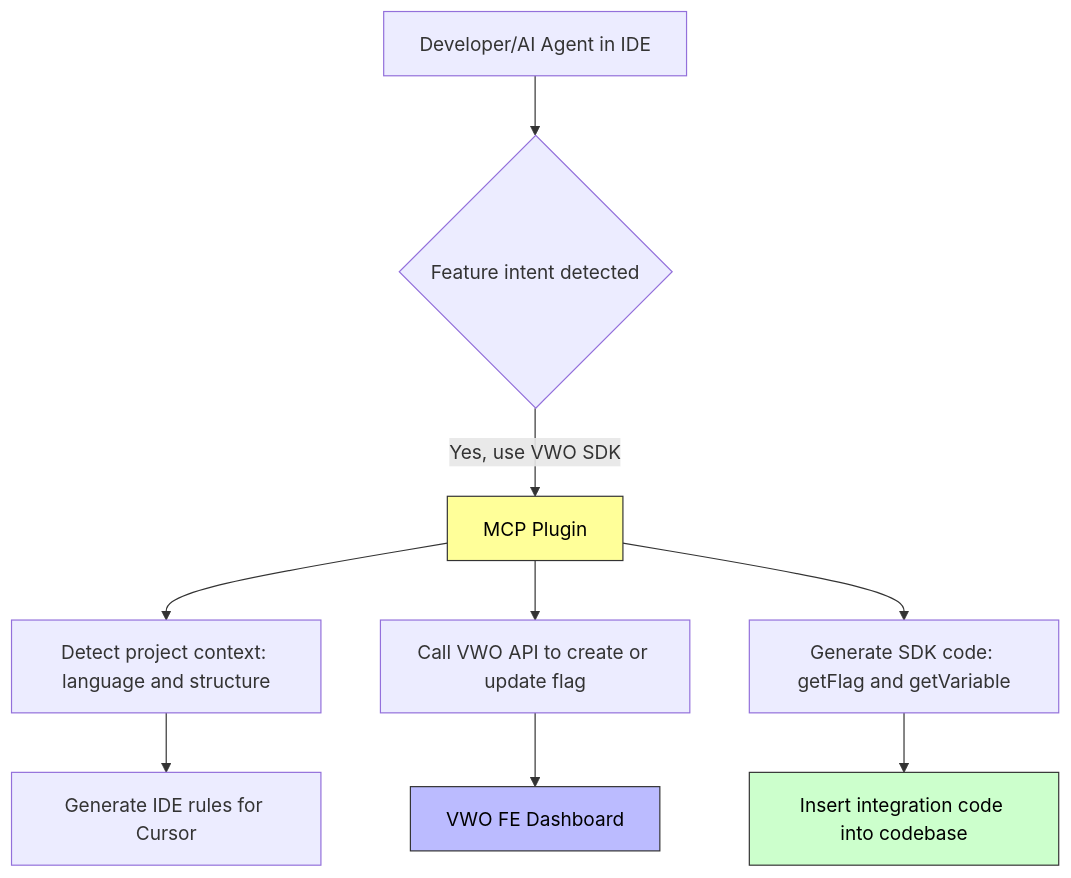
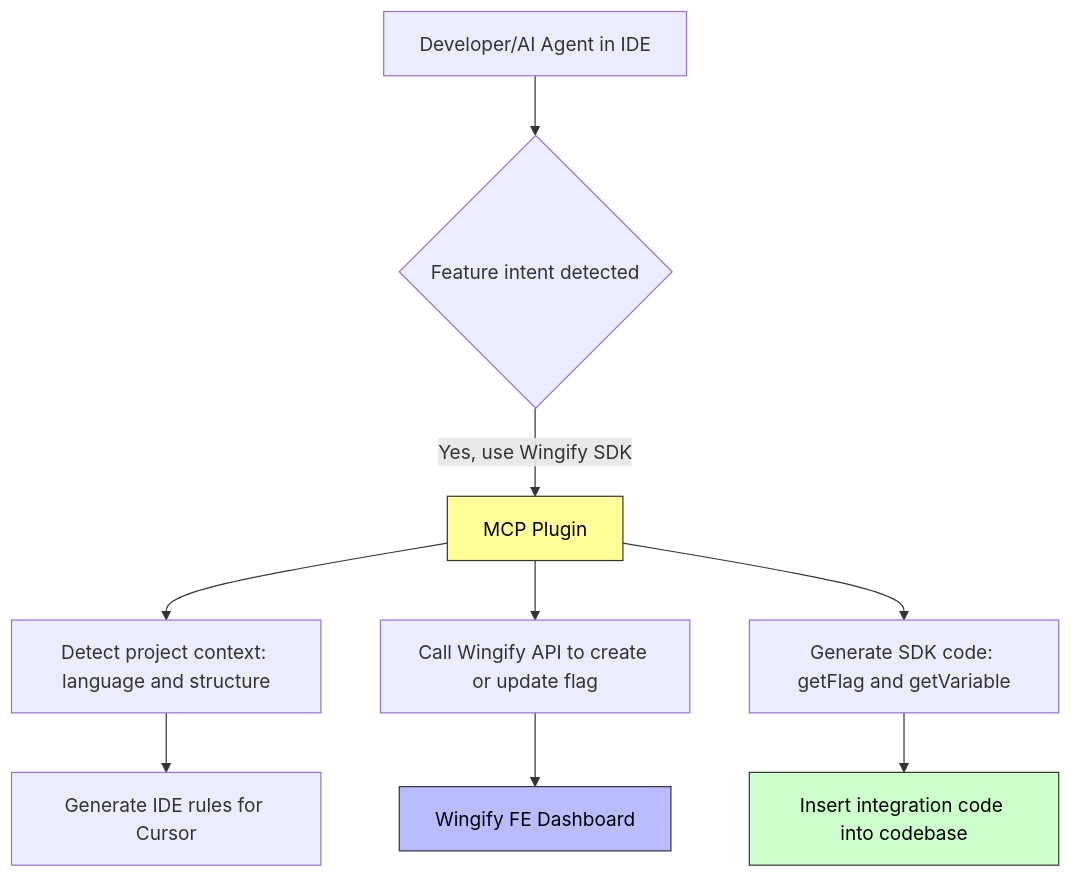
The diagram in docs/Integrations/fme-ai-integrations/fme-mcp-server.md (wingify/readme-central), drawn with Mermaid before and after one commit. The commit also changed other lines of this file and 232 other files, not shown here.

Commit message:
VWO -> Wingify branding

````diff
--- a/docs/Integrations/fme-ai-integrations/fme-mcp-server.md
+++ b/docs/Integrations/fme-ai-integrations/fme-mcp-server.md
@@ -202,26 +202,26 @@
 ```mermaid
 graph TD
     A[Developer/AI Agent in IDE] --> B{Feature intent detected}
-    B -->|Yes, use VWO SDK| C[MCP Plugin]
+    B -->|Yes, use Wingify SDK| C[MCP Plugin]
 
     C --> D[Detect project context: language and structure]
     D --> E[Generate IDE rules for Cursor]
 
-    C --> F[Call VWO API to create or update flag]
-    F --> G[VWO FE Dashboard]
+    C --> F[Call Wingify API to create or update flag]
+    F --> G[Wingify FE Dashboard]
 
     C --> H[Generate SDK code: getFlag and getVariable]
     H --> I[Insert integration code into codebase]
 
     %% Assign classes
 
     class C project
     class G dashboard
     class I code
 
     %% Define styles
     classDef project fill:#ff9,stroke:#333,stroke-width:1px,color:#000
     classDef dashboard fill:#bbf,stroke:#333,stroke-width:1px,color:#000
     classDef code fill:#cfc,stroke:#333,stroke-width:1px,color:#000
 
 ```
````
